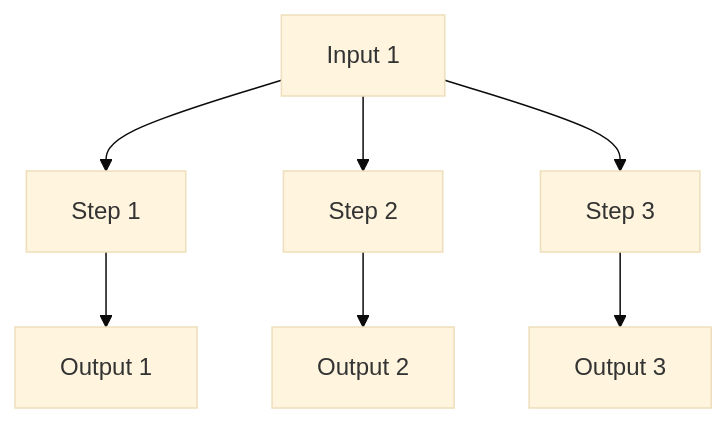
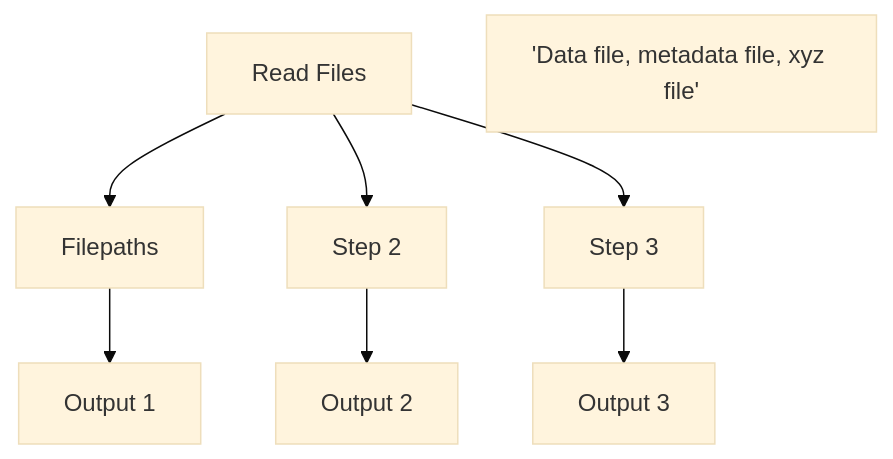
One commit to RJbalikian/wells4hydrogeology changed the second of 2 diagrams in docs/readme.md. Above: the diagram before and after it, drawn with Mermaid (base theme).

Commit message:
working in mermaid

````diff
--- a/docs/readme.md
+++ b/docs/readme.md
@@ -58,9 +58,10 @@
 ```mermaid
 graph TD;
-    A[Input 1] --> B[Step 1];
+    A[Read Files] --> B[Filepaths];
+    AA['Data file, metadata file, xyz file']
     B --> C[Output 1];
     A --> D[Step 2];
     D --> E[Output 2];
     A --> F[Step 3];
     F --> G[Output 3];
 ```
````
